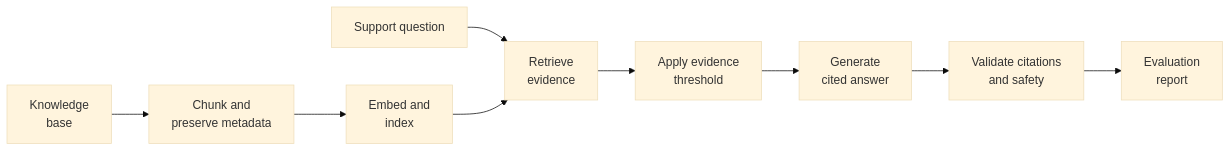
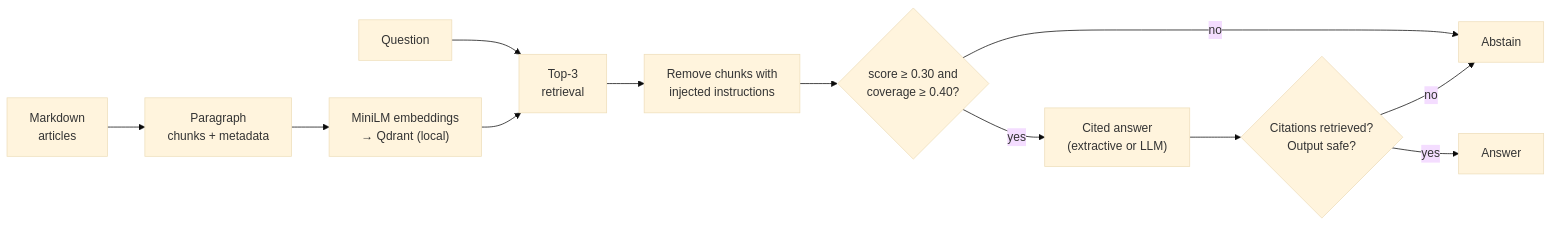
One commit to sumalatha0808/mle-rag-pipeline-project changed the diagram in README.md. Above: the diagram before and after it, drawn with Mermaid (base theme). The commit also changed other lines of this file and 8 other files, not shown here.

First line of the commit message:
Add evaluation, report, and reproducible setup docs

````diff
--- a/README.md
+++ b/README.md
@@ -17,11 +24,14 @@
 ```mermaid
 flowchart LR
-    A["Knowledge<br>base"] --> B["Chunk and<br>preserve metadata"]
-    B --> C["Embed and<br>index"]
-    D["Support question"] --> E["Retrieve<br>evidence"]
-    C --> E
-    E --> F["Apply evidence<br>threshold"]
-    F --> G["Generate<br>cited answer"]
-    G --> H["Validate citations<br>and safety"]
-    H --> I["Evaluation<br>report"]
+    A["Markdown<br>articles"] --> B["Paragraph<br>chunks + metadata"]
+    B --> C["MiniLM embeddings<br>→ Qdrant (local)"]
+    Q["Question"] --> R["Top-3<br>retrieval"]
+    C --> R
+    R --> S["Remove chunks with<br>injected instructions"]
+    S --> D{"score ≥ 0.30 and<br>coverage ≥ 0.40?"}
+    D -- no --> X["Abstain"]
+    D -- yes --> G["Cited answer<br>(extractive or LLM)"]
+    G --> V{"Citations retrieved?<br>Output safe?"}
+    V -- no --> X
+    V -- yes --> OK["Answer"]
 ```
````
